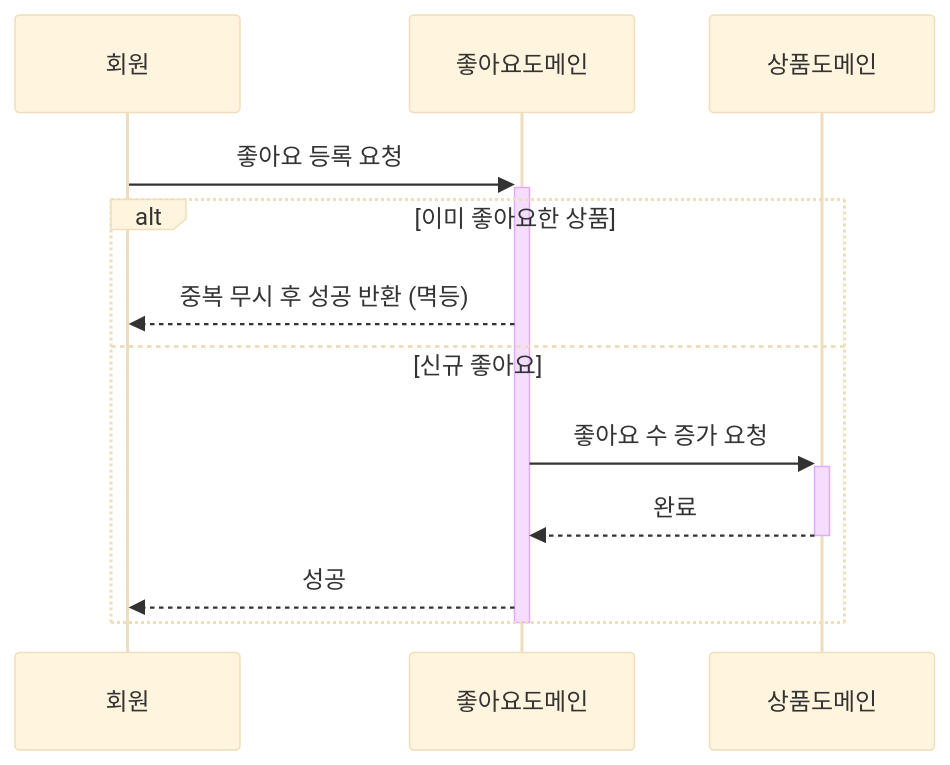
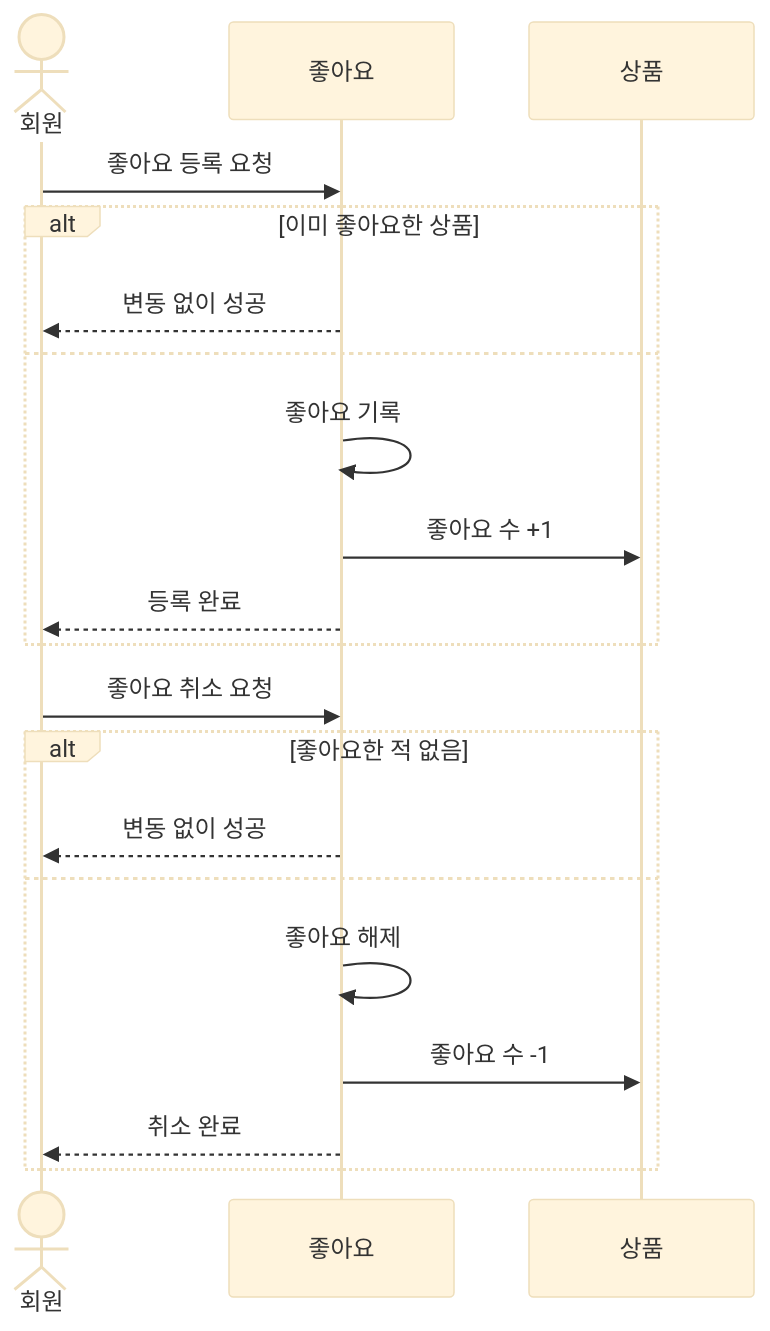
The third of 6 diagrams in docs/week2/02-sequence-diagrams.md (loopers-labs/loop-pack-be-l2-vol4-java), drawn with Mermaid (base theme) before and after one commit. The commit also changed other lines of this file and 1 other file, not shown here.

````diff
--- a/docs/week2/02-sequence-diagrams.md
+++ b/docs/week2/02-sequence-diagrams.md
@@ -66,16 +101,24 @@
 ```mermaid
 sequenceDiagram
-    participant 회원
-    participant 좋아요도메인
-    participant 상품도메인
+    actor M as 회원
+    participant L as 좋아요
+    participant P as 상품
 
-    회원->>+좋아요도메인: 좋아요 등록 요청
+    M->>L: 좋아요 등록 요청
     alt 이미 좋아요한 상품
-        좋아요도메인-->>회원: 중복 무시 후 성공 반환 (멱등)
-    else 신규 좋아요
-        좋아요도메인->>+상품도메인: 좋아요 수 증가 요청
-        상품도메인-->>-좋아요도메인: 완료
-        좋아요도메인-->>회원: 성공
+        L-->>M: 변동 없이 성공
+    else
+        L->>L: 좋아요 기록
+        L->>P: 좋아요 수 +1
+        L-->>M: 등록 완료
     end
-    deactivate 좋아요도메인
+
+    M->>L: 좋아요 취소 요청
+    alt 좋아요한 적 없음
+        L-->>M: 변동 없이 성공
+    else
+        L->>L: 좋아요 해제
+        L->>P: 좋아요 수 -1
+        L-->>M: 취소 완료
+    end
 ```
````
